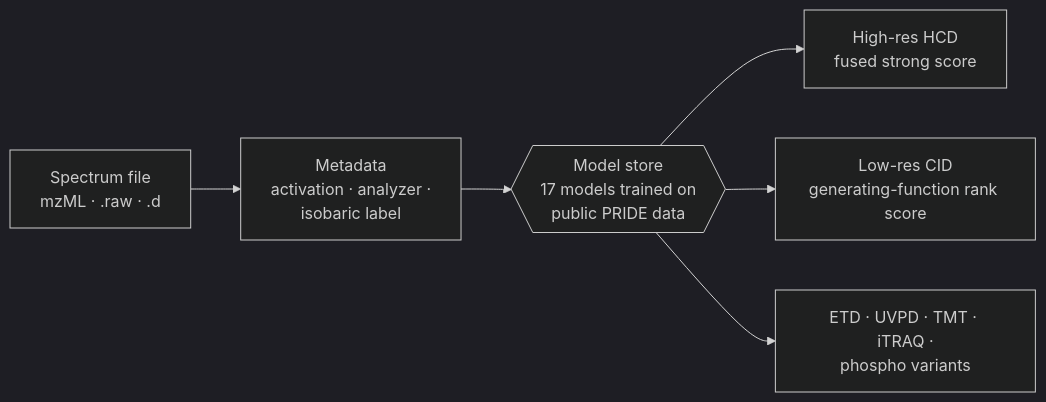
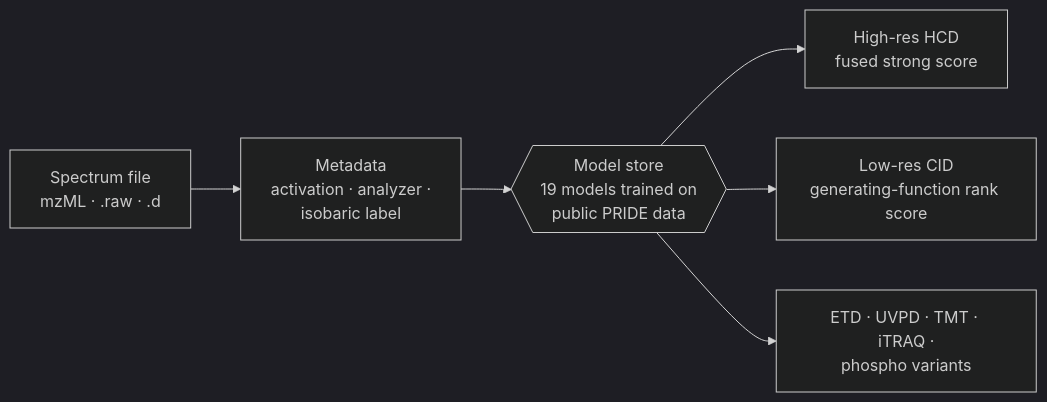
Before and after one commit to bigbio/andes: the first of 2 diagrams in website/pages/features/retrieval.md, drawn with Mermaid (dark theme). The commit also changed 4 other files, not shown here.

First line of the commit message:
docs: model count 19 everywhere, training accessions from the model store, fragment_tol_ppm scope, §11 points flags to cli.rs

````diff
--- a/website/pages/features/retrieval.md
+++ b/website/pages/features/retrieval.md
@@ -8,8 +8,8 @@
 ```mermaid
 flowchart LR
     F["Spectrum file<br/>mzML · .raw · .d"] --> M["Metadata<br/>activation · analyzer ·<br/>isobaric label"]
-    M --> S{{"Model store<br/>17 models trained on<br/>public PRIDE data"}}
+    M --> S{{"Model store<br/>19 models trained on<br/>public PRIDE data"}}
     S --> H["High-res HCD<br/>fused strong score"]
     S --> L["Low-res CID<br/>generating-function rank score"]
     S --> O["ETD · UVPD · TMT · iTRAQ ·<br/>phospho variants"]
 ```
````
